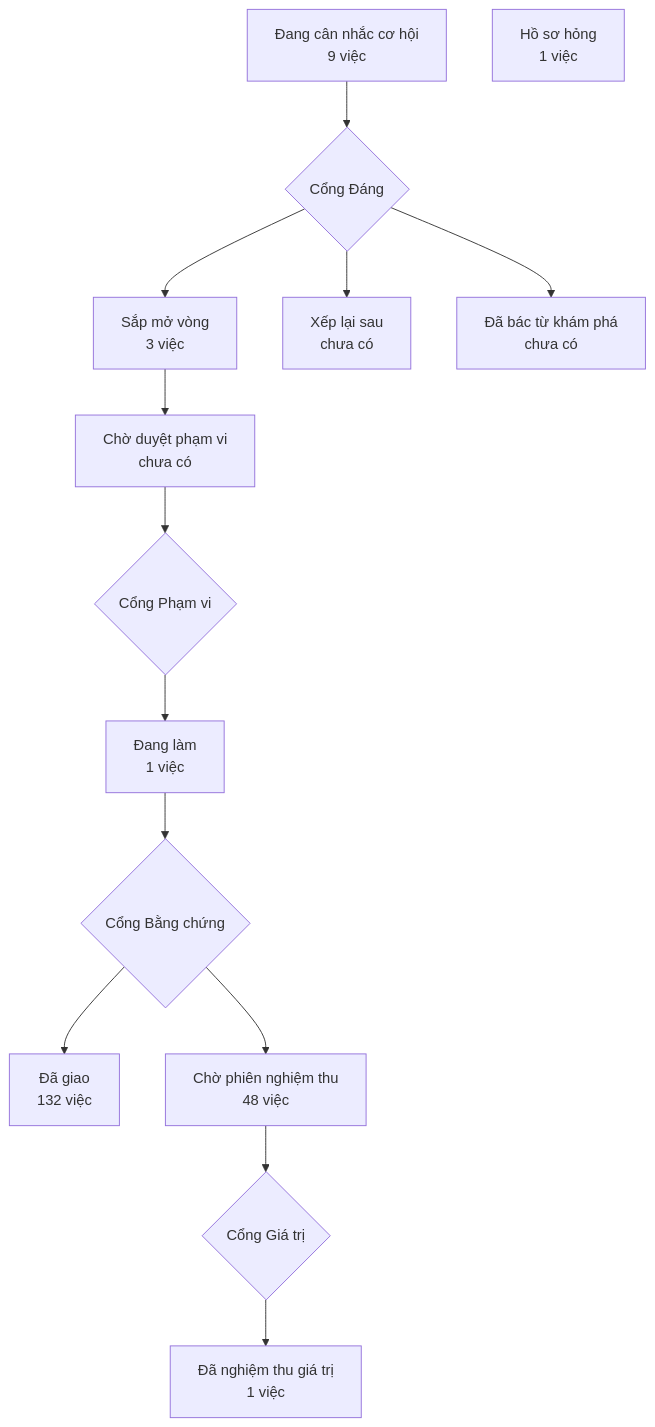
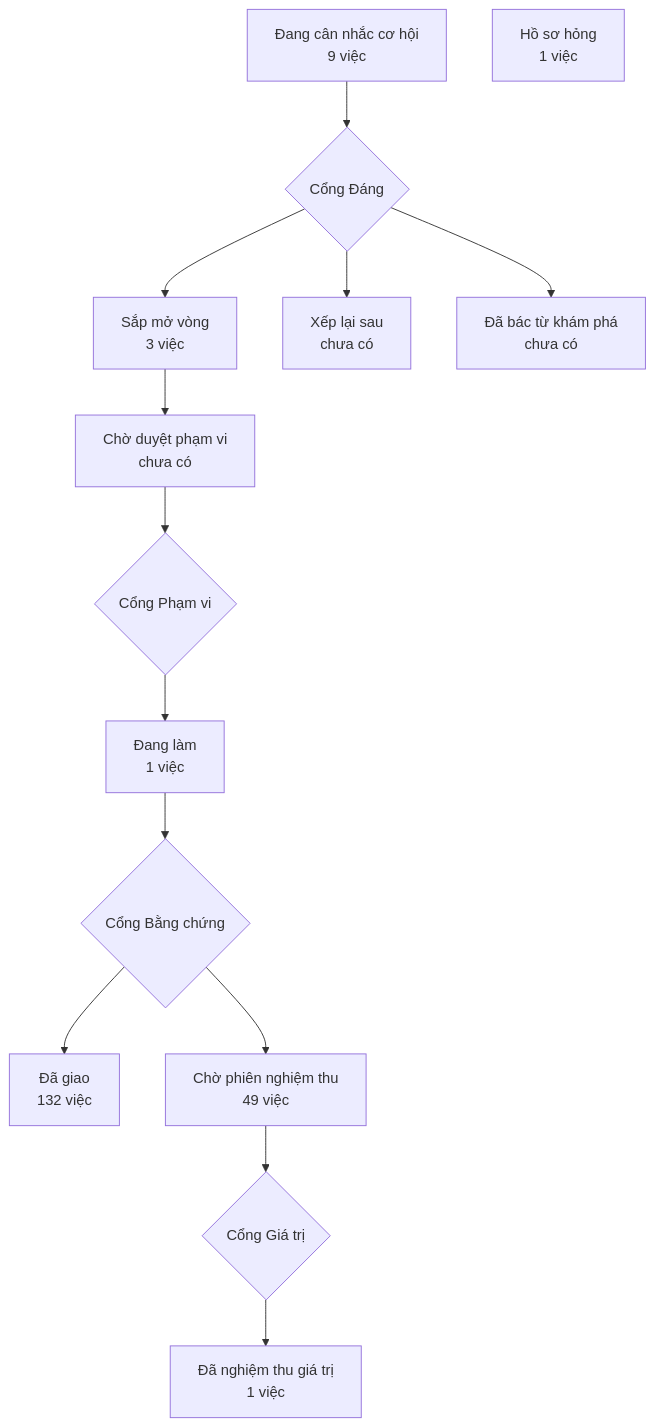
Before and after one commit to phanlemanh/crm-onehub: the diagram in PRODUCT-MAP.md, drawn with Mermaid. The commit also changed other lines of this file, not shown here.

Commit message:
chore: vẽ lại bản đồ sản phẩm sau khi gộp onehub 0b257e15

````diff
--- a/PRODUCT-MAP.md
+++ b/PRODUCT-MAP.md
@@ -7,13 +7,13 @@
 ```mermaid
 flowchart TD
   A["Đang cân nhắc cơ hội<br/>9 việc"] --> GD{"Cổng Đáng"}
   GD --> B["Sắp mở vòng<br/>3 việc"]
   GD --> XL["Xếp lại sau<br/>chưa có"]
   GD --> DB["Đã bác từ khám phá<br/>chưa có"]
   B --> CD["Chờ duyệt phạm vi<br/>chưa có"] --> GP{"Cổng Phạm vi"}
   GP --> DL["Đang làm<br/>1 việc"] --> GB{"Cổng Bằng chứng"}
   GB --> DG["Đã giao<br/>132 việc"]
-  GB --> CN["Chờ phiên nghiệm thu<br/>48 việc"] --> GG{"Cổng Giá trị"}
+  GB --> CN["Chờ phiên nghiệm thu<br/>49 việc"] --> GG{"Cổng Giá trị"}
   GG --> NT["Đã nghiệm thu giá trị<br/>1 việc"]
   HS["Hồ sơ hỏng<br/>1 việc"]
 ```
````
